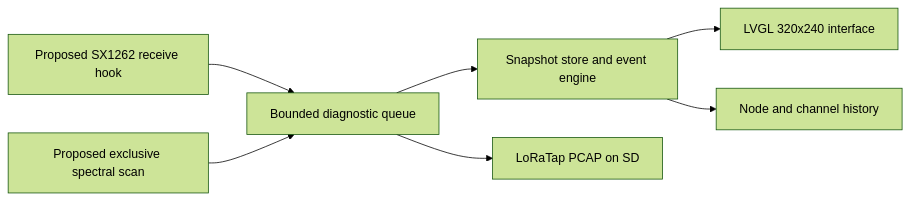
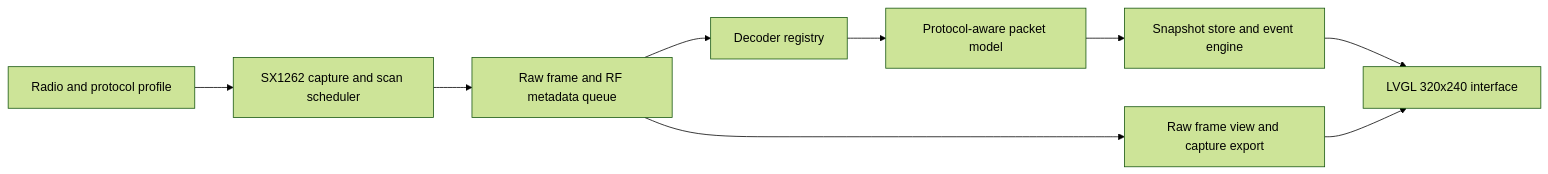
The diagram in README.md (maxmoneycash/lilyshark), drawn with Mermaid (forest theme) before and after one commit. The commit also changed other lines of this file and 3 other files, not shown here.

````diff
--- a/README.md
+++ b/README.md
@@ -127,9 +138,11 @@
 ```mermaid
 flowchart LR
-    A[Proposed SX1262 receive hook] --> C[Bounded diagnostic queue]
-    B[Proposed exclusive spectral scan] --> C
-    C --> D[Snapshot store and event engine]
-    D --> E[LVGL 320x240 interface]
-    C --> F[LoRaTap PCAP on SD]
-    D --> G[Node and channel history]
+    A[Radio and protocol profile] --> B[SX1262 capture and scan scheduler]
+    B --> C[Raw frame and RF metadata queue]
+    C --> D[Decoder registry]
+    D --> E[Protocol-aware packet model]
+    C --> F[Raw frame view and capture export]
+    E --> G[Snapshot store and event engine]
+    G --> H[LVGL 320x240 interface]
+    F --> H
 ```
````
